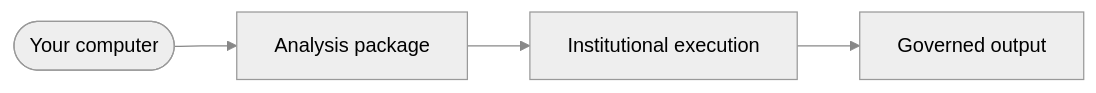
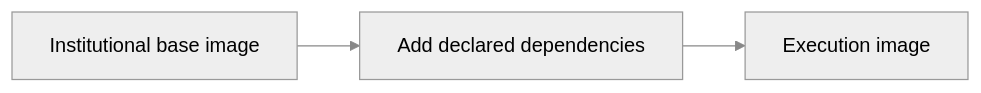
Before and after one commit to kraemer-lab/EpiBridge-Presentations: the second of 3 diagrams in slides.md, drawn with Mermaid. The commit also changed other lines of this file, not shown here.

````diff
--- a/slides.md
+++ b/slides.md
@@ -41,7 +138,6 @@
 ```mermaid
 %%{init: {'theme': 'neutral', 'themeVariables': { 'lineColor': '#888888', 'primaryTextColor': '#555' }}}%%
 flowchart LR
-  R([Your computer]) --> B[Analysis package]
-  B --> E[Institutional execution]
-  E --> O[Governed output]
+  Base[Institutional base image] --> Build[Add declared dependencies]
+  Build --> Image[Execution image]
 ```
````
